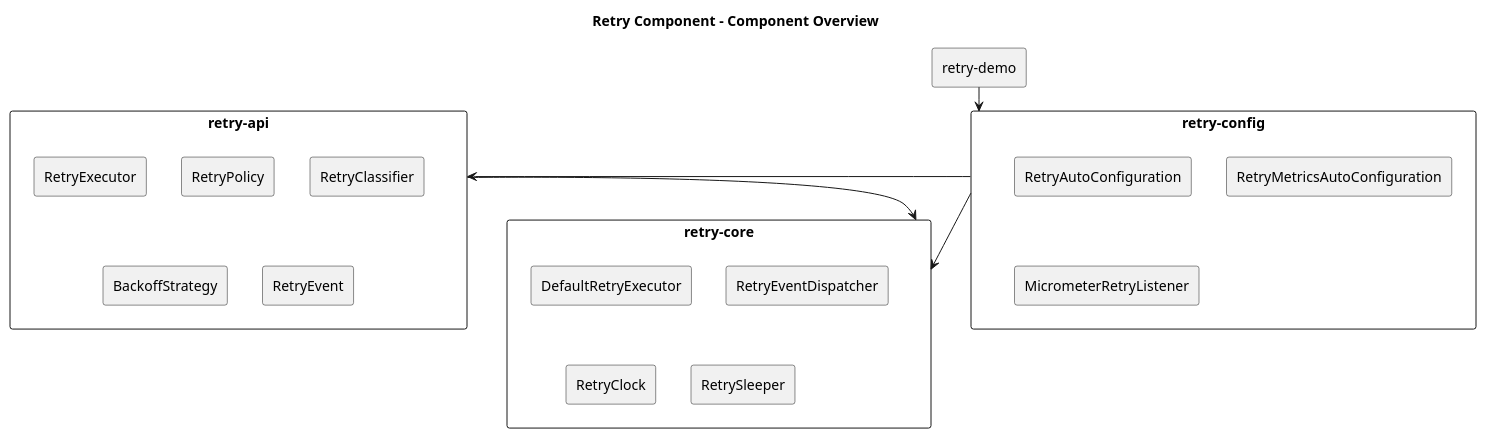
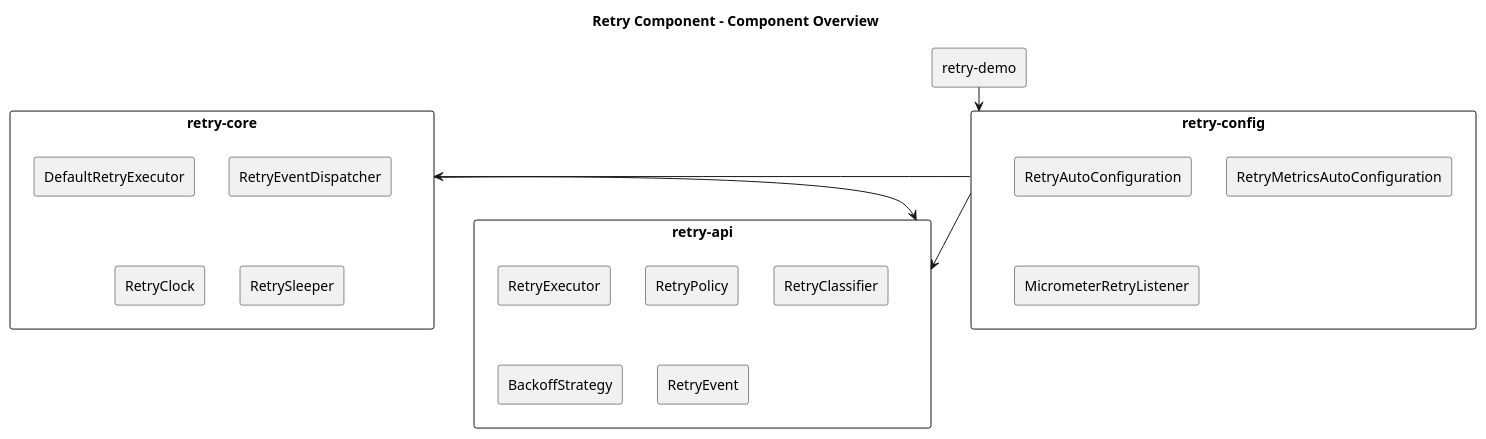
Before and after one commit to pbxjtumse/iron-components-java: the diagram in component/retry-component/docs/diagrams/component/00-component-overview.puml, drawn with PlantUML. The commit also changed 7 other files, not shown here.

```diff
--- a/component/retry-component/docs/diagrams/component/00-component-overview.puml
+++ b/component/retry-component/docs/diagrams/component/00-component-overview.puml
@@ -1,26 +1,26 @@
 @startuml
 title Retry Component - Component Overview
 skinparam componentStyle rectangle
-[retry-api] --> [retry-core]
+[retry-core] --> [retry-api]
 [retry-config] --> [retry-api]
 [retry-config] --> [retry-core]
 [retry-demo] --> [retry-config]
 rectangle "retry-api" {
   [RetryExecutor]
   [RetryPolicy]
   [RetryClassifier]
   [BackoffStrategy]
   [RetryEvent]
 }
 rectangle "retry-core" {
   [DefaultRetryExecutor]
   [RetryEventDispatcher]
   [RetryClock]
   [RetrySleeper]
 }
 rectangle "retry-config" {
   [RetryAutoConfiguration]
   [RetryMetricsAutoConfiguration]
   [MicrometerRetryListener]
 }
 @enduml
```
